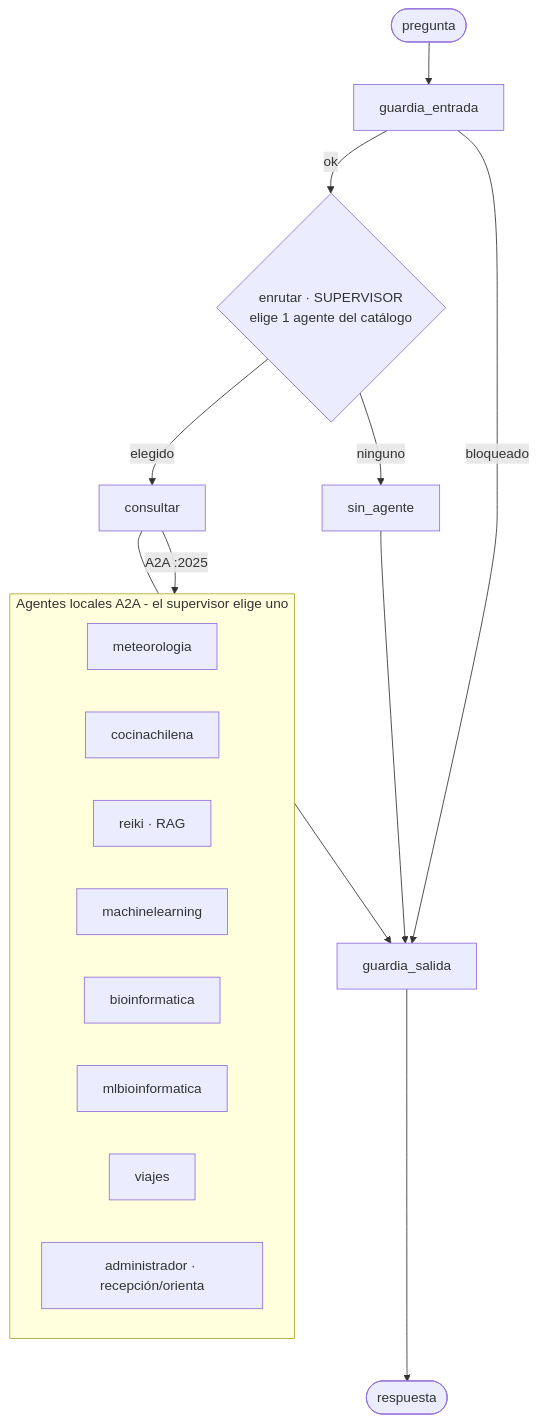
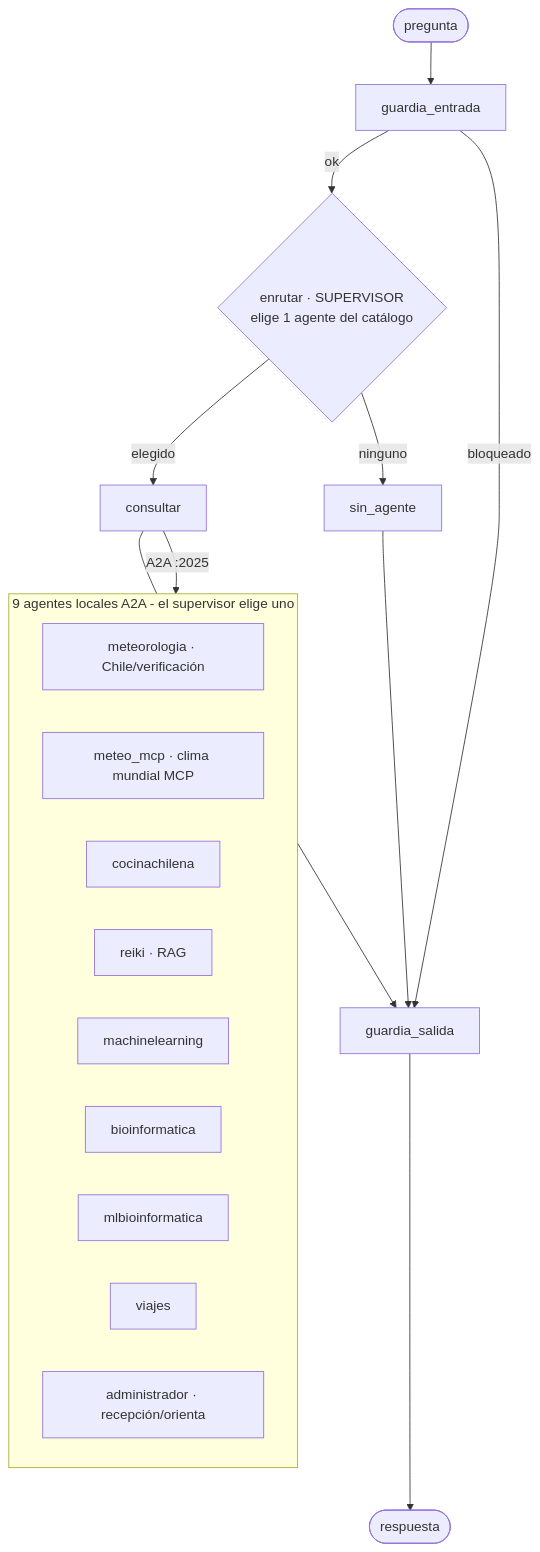
One commit to etmunoz/tarea_2_curso_2 changed the diagram in README.md. Above: the diagram before and after it, drawn with Mermaid. The commit also changed other lines of this file and 10 other files, not shown here.

First line of the commit message:
docs(065): documentación al día para profesores (9 agentes, meteo_mcp, Postgres)

````diff
--- a/README.md
+++ b/README.md
@@ -66,24 +70,25 @@
 ```mermaid
 flowchart TD
     START([pregunta]) --> GE[guardia_entrada]
     GE -->|ok| SUP{enrutar · SUPERVISOR<br/>elige 1 agente del catálogo}
     GE -->|bloqueado| GS[guardia_salida]
     SUP -->|elegido| CO[consultar]
     SUP -->|ninguno| SA[sin_agente]
     CO -->|A2A :2025| AG
     CO --> GS
     SA --> GS
     GS --> END([respuesta])
 
-    subgraph AG[Agentes locales A2A - el supervisor elige uno]
+    subgraph AG[9 agentes locales A2A - el supervisor elige uno]
       direction LR
-      MET[meteorologia]
+      MET[meteorologia · Chile/verificación]
+      MCP[meteo_mcp · clima mundial MCP]
       COC[cocinachilena]
       REI[reiki · RAG]
       MLG[machinelearning]
       BIO[bioinformatica]
       MLB[mlbioinformatica]
       VIA[viajes]
       ADM[administrador · recepción/orienta]
     end
 ```
````
